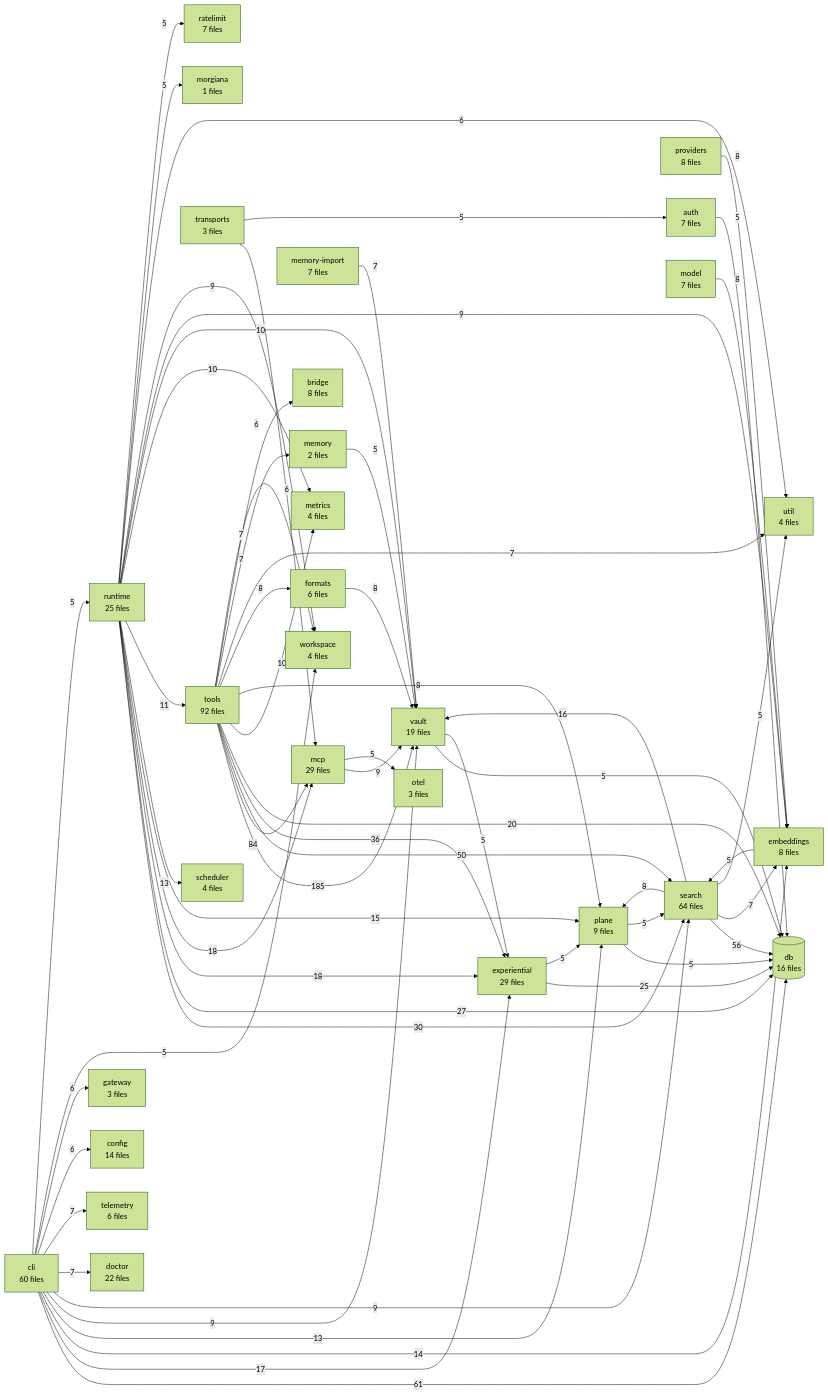
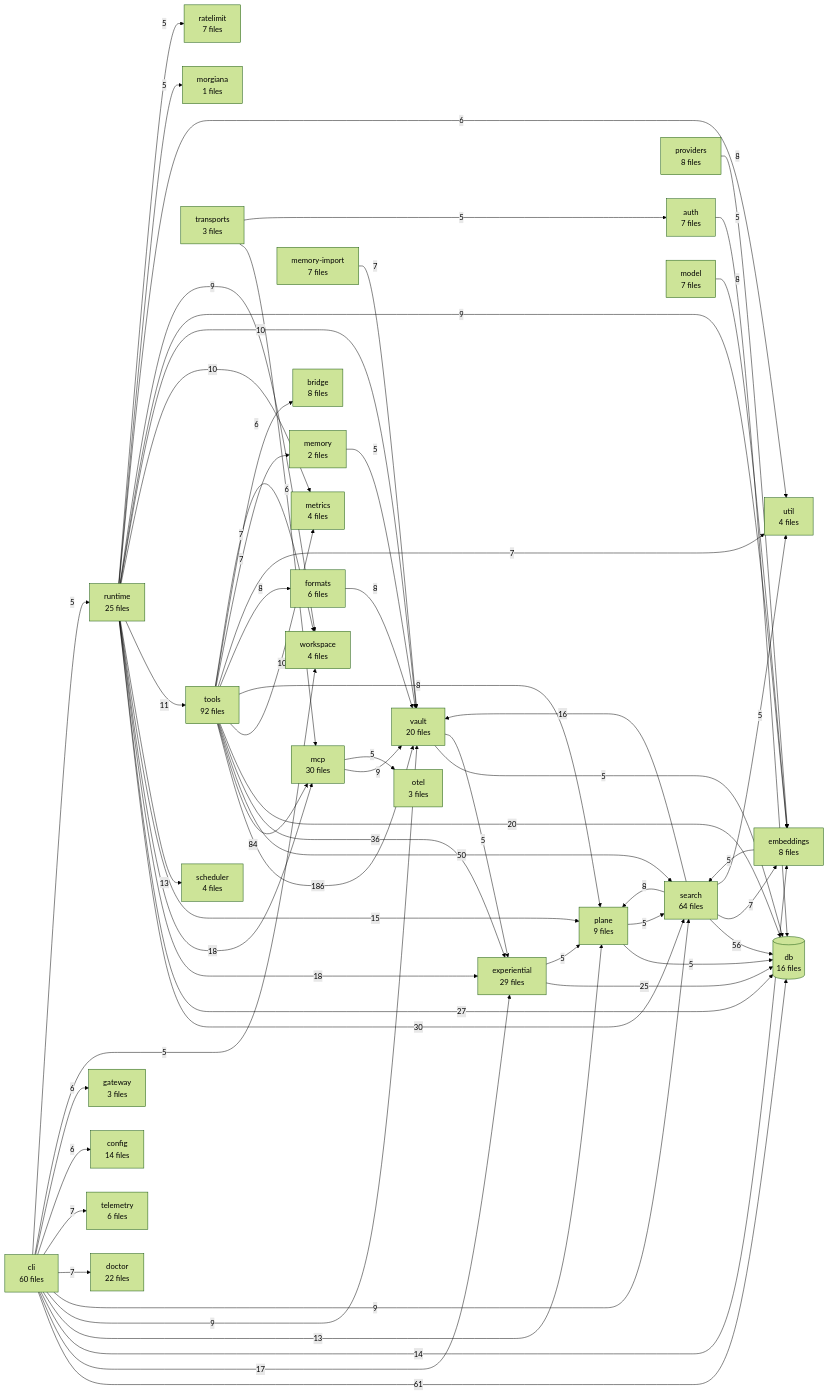
The diagram in TREE.md (The-40-Thieves/obsidian-tc), drawn with Mermaid (forest theme) before and after one commit. The commit also changed other lines of this file and 2 other files, not shown here.

Commit message:
chore(docs): regenerate TREE.md, decisions index and dependency graph after rebasing onto main

```diff
--- a/TREE.md
+++ b/TREE.md
@@ -330,11 +330,11 @@
   tools[tools<br/>92 files]
   search[search<br/>64 files]
   cli[cli<br/>60 files]
+  mcp[mcp<br/>30 files]
   experiential[experiential<br/>29 files]
-  mcp[mcp<br/>29 files]
   runtime[runtime<br/>25 files]
   doctor[doctor<br/>22 files]
-  vault[vault<br/>19 files]
+  vault[vault<br/>20 files]
   db[(db<br/>16 files)]
   config[config<br/>14 files]
   plane[plane<br/>9 files]
@@ -357,7 +357,7 @@
   memory[memory<br/>2 files]
   morgiana[morgiana<br/>1 files]
 
-  tools -->|185| vault
+  tools -->|186| vault
   tools -->|84| mcp
   cli -->|61| db
   search -->|56| db
```
